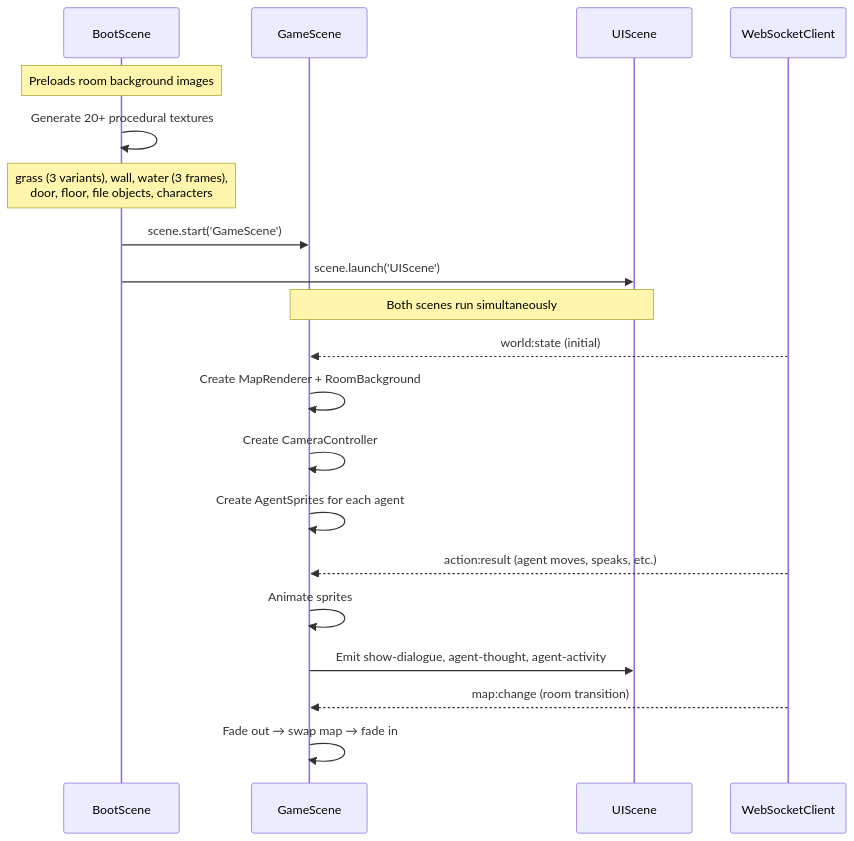
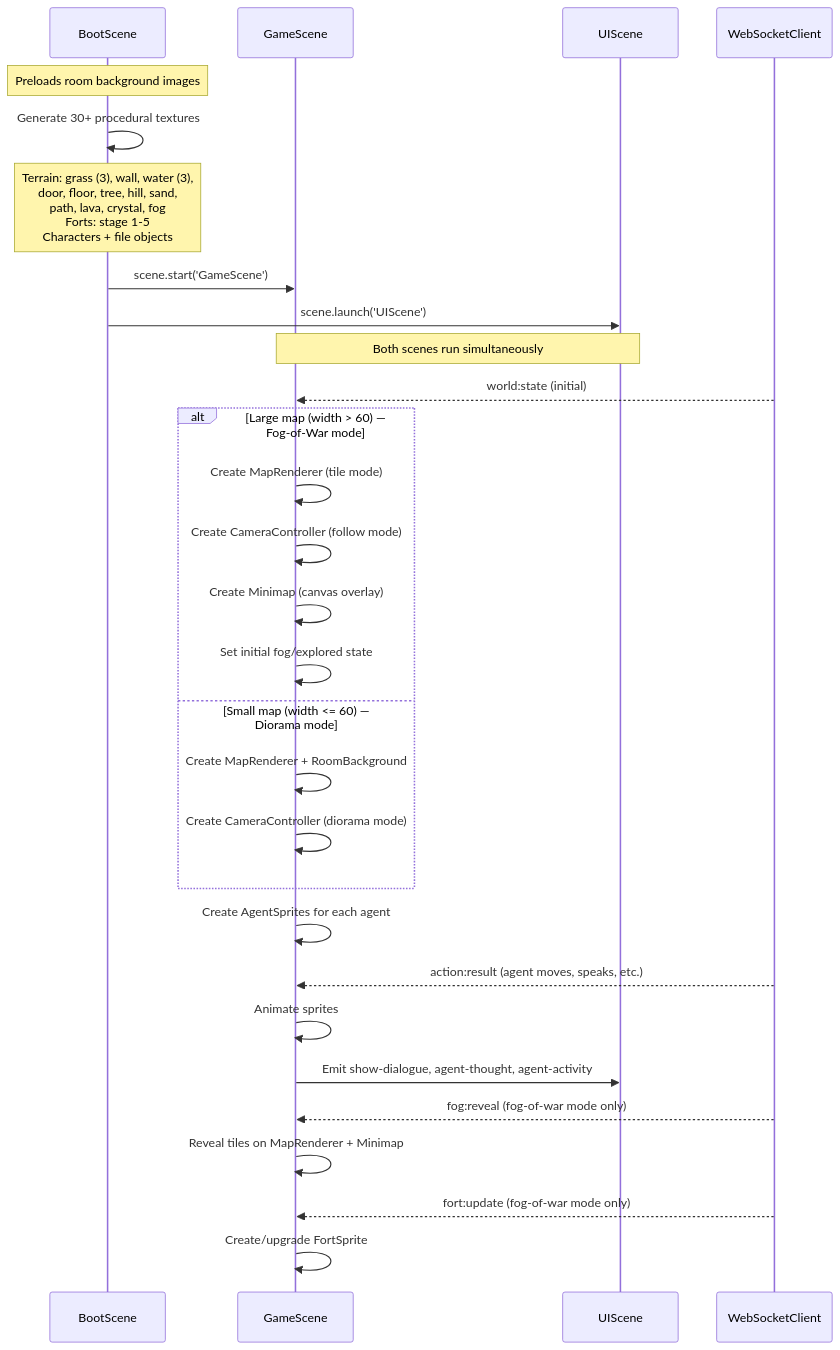
The second of 10 diagrams in docs/diagrams/client-rendering.md (Human-Agency-Hackathon/AI-Interfaces-Feb-2026), drawn with Mermaid before and after one commit. The commit also changed other lines of this file and 13 other files, not shown here.

First line of the commit message:
docs: update diagrams to match current codebase

````diff
--- a/docs/diagrams/client-rendering.md
+++ b/docs/diagrams/client-rendering.md
@@ -31,27 +33,39 @@
 ```mermaid
 sequenceDiagram
     participant Boot as BootScene
     participant Game as GameScene
     participant UI as UIScene
     participant WS as WebSocketClient
 
     Note over Boot: Preloads room background images
-    Boot->>Boot: Generate 20+ procedural textures
-    Note over Boot: grass (3 variants), wall, water (3 frames),<br/>door, floor, file objects, characters
+    Boot->>Boot: Generate 30+ procedural textures
+    Note over Boot: Terrain: grass (3), wall, water (3),<br/>door, floor, tree, hill, sand,<br/>path, lava, crystal, fog<br/>Forts: stage 1-5<br/>Characters + file objects
 
     Boot->>Game: scene.start('GameScene')
     Boot->>UI: scene.launch('UIScene')
     Note over Game,UI: Both scenes run simultaneously
 
     WS-->>Game: world:state (initial)
-    Game->>Game: Create MapRenderer + RoomBackground
-    Game->>Game: Create CameraController
+
+    alt Large map (width > 60) — Fog-of-War mode
+        Game->>Game: Create MapRenderer (tile mode)
+        Game->>Game: Create CameraController (follow mode)
+        Game->>Game: Create Minimap (canvas overlay)
+        Game->>Game: Set initial fog/explored state
+    else Small map (width <= 60) — Diorama mode
+        Game->>Game: Create MapRenderer + RoomBackground
+        Game->>Game: Create CameraController (diorama mode)
+    end
+
     Game->>Game: Create AgentSprites for each agent
 
     WS-->>Game: action:result (agent moves, speaks, etc.)
     Game->>Game: Animate sprites
     Game->>UI: Emit show-dialogue, agent-thought, agent-activity
 
-    WS-->>Game: map:change (room transition)
-    Game->>Game: Fade out → swap map → fade in
+    WS-->>Game: fog:reveal (fog-of-war mode only)
+    Game->>Game: Reveal tiles on MapRenderer + Minimap
+
+    WS-->>Game: fort:update (fog-of-war mode only)
+    Game->>Game: Create/upgrade FortSprite
 ```
````
